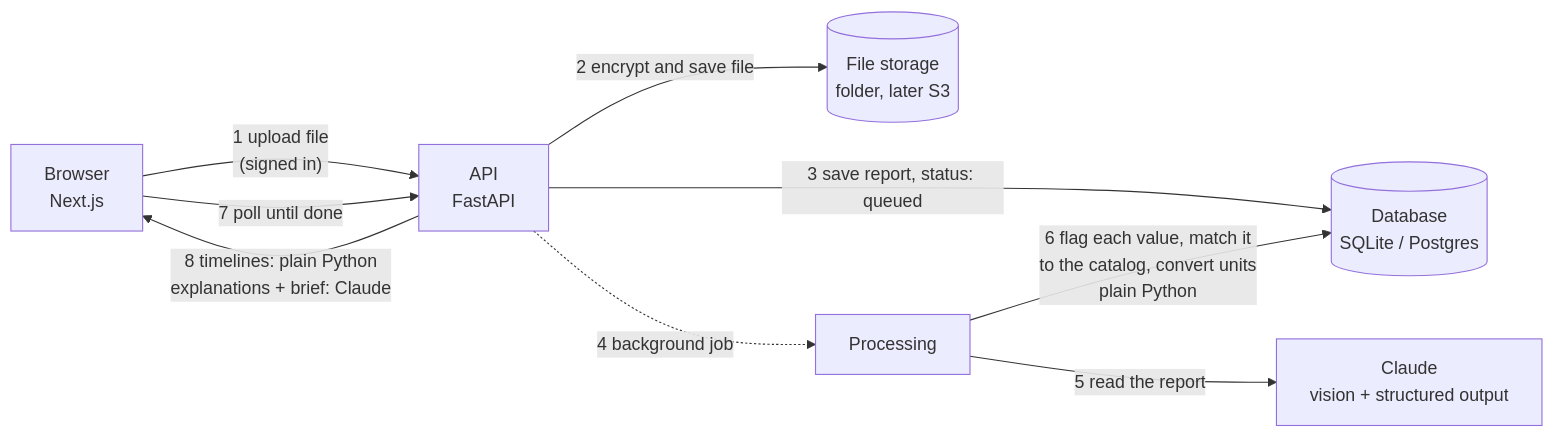
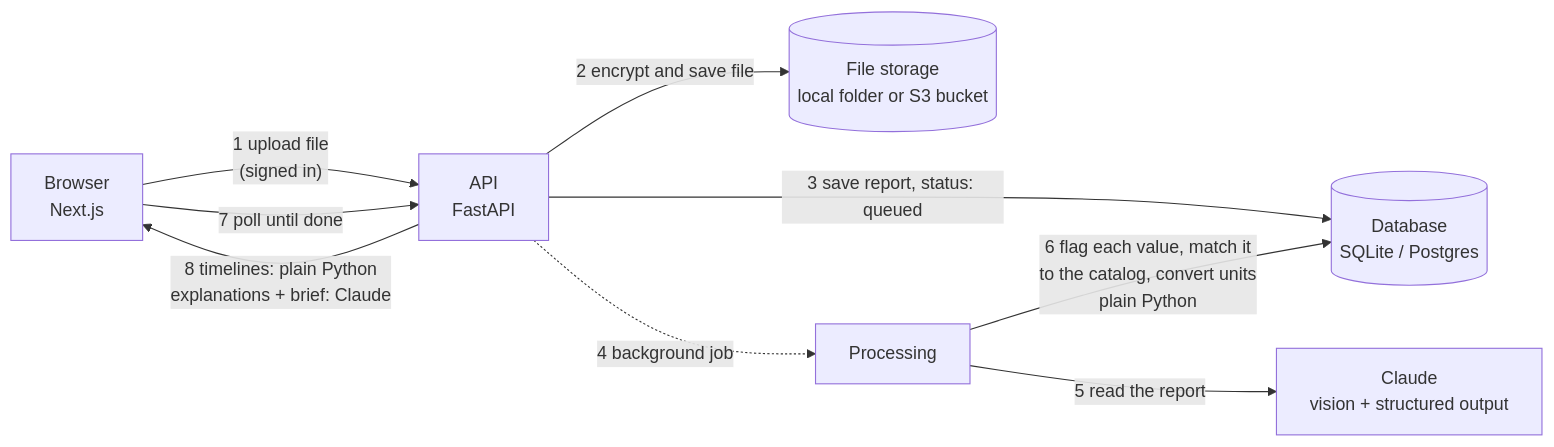
Before and after one commit to whatalshifa/report-saathi: the diagram in README.md, drawn with Mermaid. The commit also changed other lines of this file and 2 other files, not shown here.

````diff
--- a/README.md
+++ b/README.md
@@ -155,11 +53,11 @@
 ```mermaid
 flowchart LR
     U[Browser<br/>Next.js] -- "1 upload file<br/>(signed in)" --> A[API<br/>FastAPI]
-    A -- "2 encrypt and save file" --> S[(File storage<br/>folder, later S3)]
+    A -- "2 encrypt and save file" --> S[(File storage<br/>local folder or S3 bucket)]
     A -- "3 save report, status: queued" --> D[(Database<br/>SQLite / Postgres)]
     A -. "4 background job" .-> J[Processing]
     J -- "5 read the report" --> C[Claude<br/>vision + structured output]
     J -- "6 flag each value, match it<br/>to the catalog, convert units<br/>plain Python" --> D
     U -- "7 poll until done" --> A
     A -- "8 timelines: plain Python<br/>explanations + brief: Claude" --> U
 ```
````
